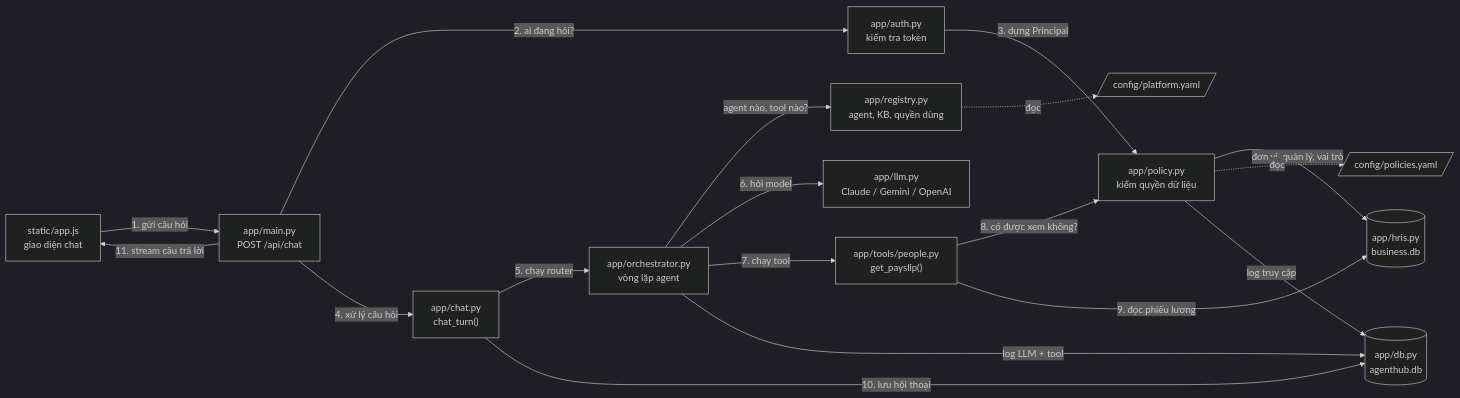
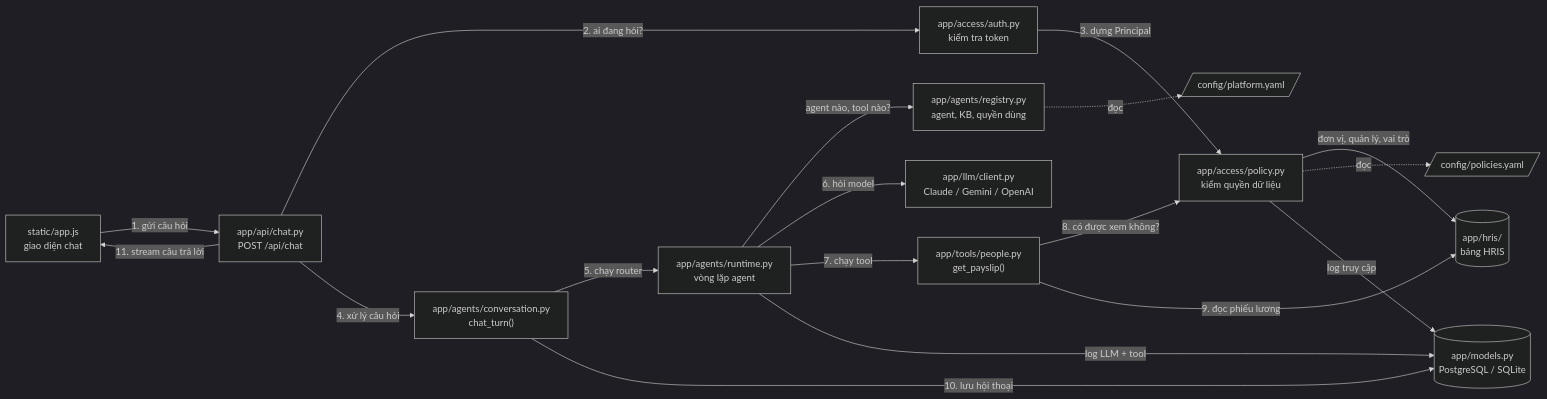
Before and after one commit to vandungvo/enterprise-agent-hub: the second of 4 diagrams in README.md, drawn with Mermaid (dark theme). The commit also changed other lines of this file, not shown here.

````diff
--- a/README.md
+++ b/README.md
@@ -134,34 +139,34 @@
 ```mermaid
 flowchart LR
     UI["static/app.js<br/>giao diện chat"]
-    MAIN["app/main.py<br/>POST /api/chat"]
-    AUTH["app/auth.py<br/>kiểm tra token"]
-    CHAT["app/chat.py<br/>chat_turn()"]
-    ORCH["app/orchestrator.py<br/>vòng lặp agent"]
-    LLM["app/llm.py<br/>Claude / Gemini / OpenAI"]
-    REG["app/registry.py<br/>agent, KB, quyền dùng"]
+    MAIN["app/api/chat.py<br/>POST /api/chat"]
+    AUTH["app/access/auth.py<br/>kiểm tra token"]
+    CHAT["app/agents/conversation.py<br/>chat_turn()"]
+    ORCH["app/agents/runtime.py<br/>vòng lặp agent"]
+    LLM["app/llm/client.py<br/>Claude / Gemini / OpenAI"]
+    REG["app/agents/registry.py<br/>agent, KB, quyền dùng"]
     PYAML[/"config/platform.yaml"/]
     TOOLS["app/tools/people.py<br/>get_payslip()"]
-    POL["app/policy.py<br/>kiểm quyền dữ liệu"]
+    POL["app/access/policy.py<br/>kiểm quyền dữ liệu"]
     POLYAML[/"config/policies.yaml"/]
-    HRIS[("app/hris.py<br/>business.db")]
-    DB[("app/db.py<br/>agenthub.db")]
+    HRIS[("app/hris/<br/>bảng HRIS")]
+    DB[("app/models.py<br/>PostgreSQL / SQLite")]
 
     UI -->|"1. gửi câu hỏi"| MAIN
     MAIN -->|"2. ai đang hỏi?"| AUTH
     AUTH -->|"3. dựng Principal"| POL
     POL -->|"đơn vị, quản lý, vai trò"| HRIS
     MAIN -->|"4. xử lý câu hỏi"| CHAT
     CHAT -->|"5. chạy router"| ORCH
     ORCH -->|"agent nào, tool nào?"| REG
     REG -.->|đọc| PYAML
     ORCH -->|"6. hỏi model"| LLM
     ORCH -->|"7. chạy tool"| TOOLS
     TOOLS -->|"8. có được xem không?"| POL
     POL -.->|đọc| POLYAML
     TOOLS -->|"9. đọc phiếu lương"| HRIS
     ORCH -->|"log LLM + tool"| DB
     POL -->|"log truy cập"| DB
     CHAT -->|"10. lưu hội thoại"| DB
     MAIN -->|"11. stream câu trả lời"| UI
 ```
````
